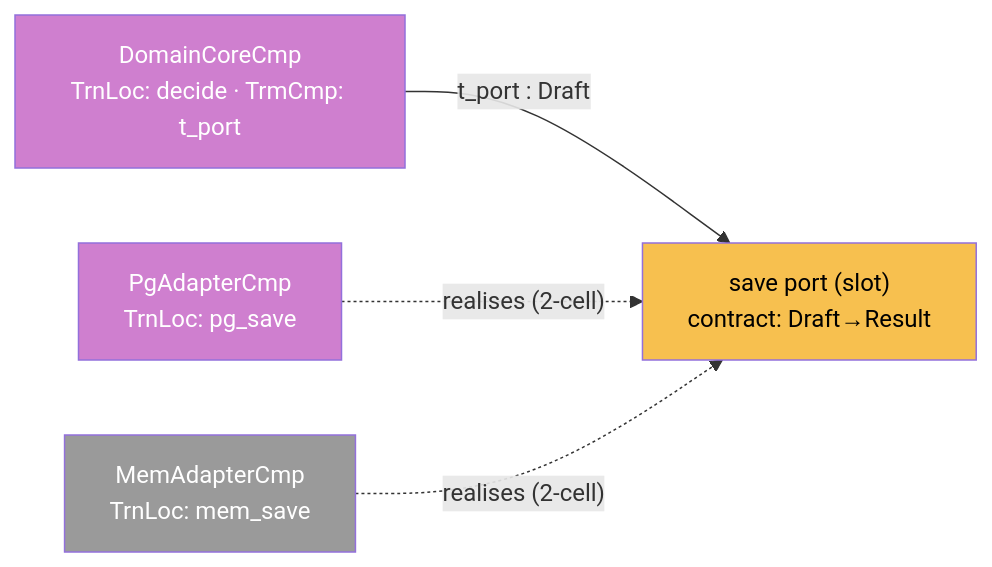
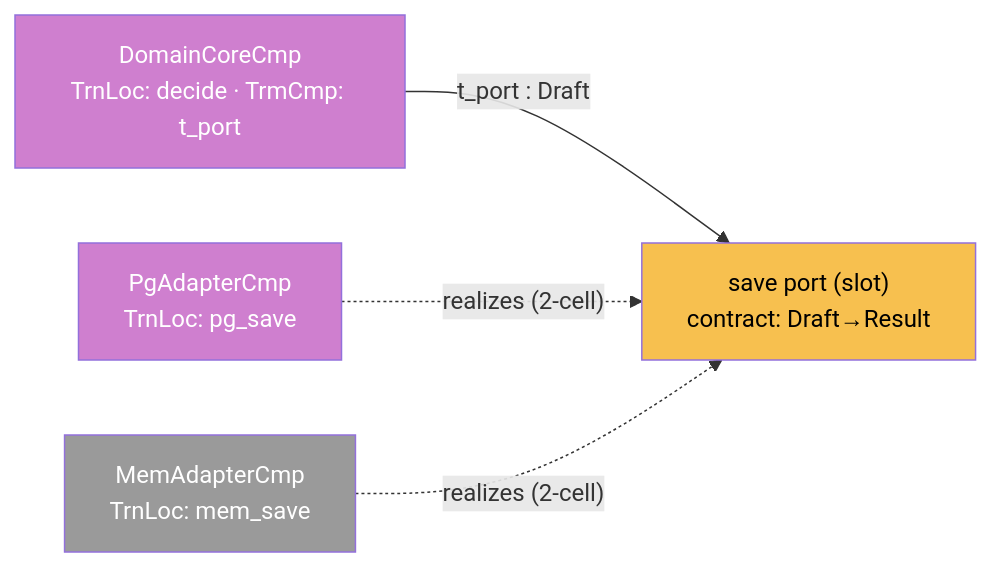
One commit to LessComplexity/flow changed the sixth of 6 diagrams in FRAMEWORK.md. Above: the diagram before and after it, drawn with Mermaid. The commit also changed other lines of this file and 50 other files, not shown here.

````diff
--- a/FRAMEWORK.md
+++ b/FRAMEWORK.md
@@ -748,14 +748,14 @@
 ```mermaid
 graph LR
     Core["DomainCoreCmp<br/>TrnLoc: decide · TrmCmp: t_port"]
     Port["save port (slot)<br/>contract: Draft→Result"]
     PG["PgAdapterCmp<br/>TrnLoc: pg_save"]
     Mem["MemAdapterCmp<br/>TrnLoc: mem_save"]
     Core -->|"t_port : Draft"| Port
-    PG -.->|"realises (2-cell)"| Port
-    Mem -.->|"realises (2-cell)"| Port
+    PG -.->|"realizes (2-cell)"| Port
+    Mem -.->|"realizes (2-cell)"| Port
     style Core fill:#cf7fcf,color:#fff
     style Port fill:#f7c04f,color:#000
     style PG fill:#cf7fcf,color:#fff
     style Mem fill:#9a9a9a,color:#fff
 ```
````
